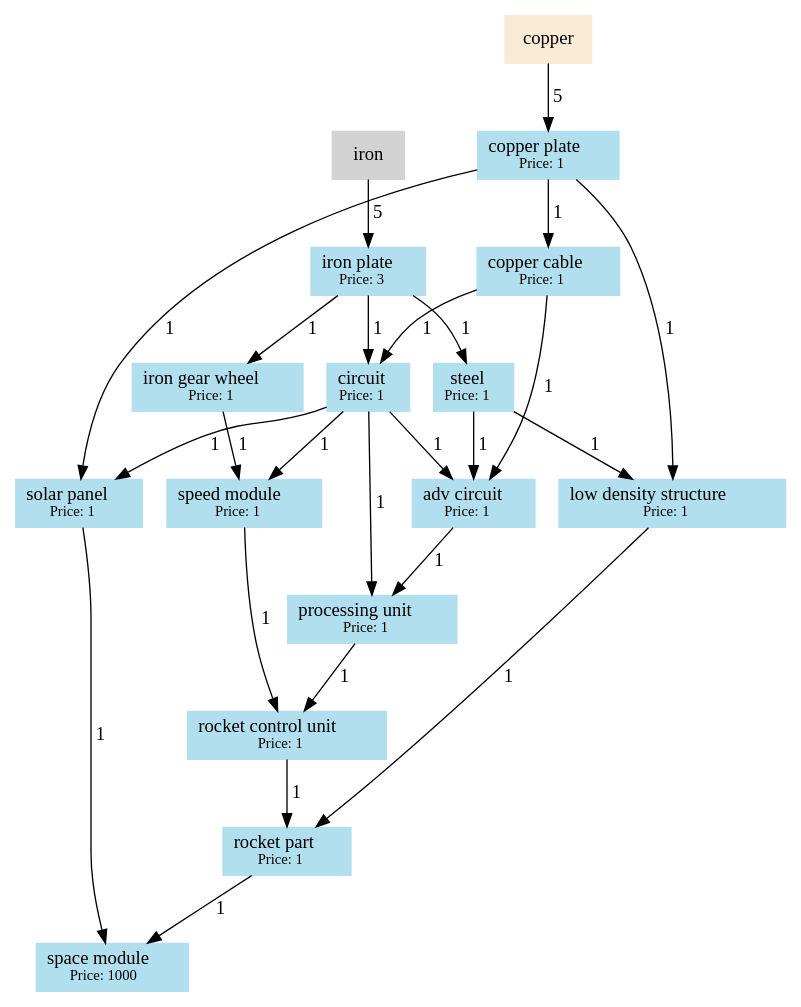
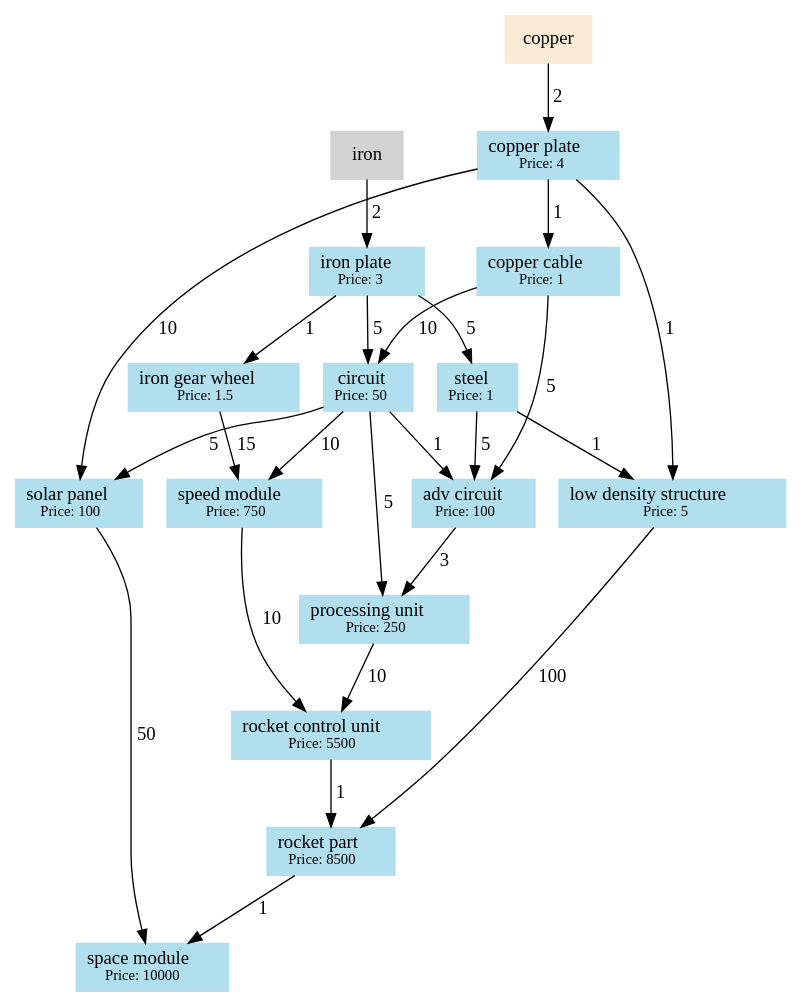
The diagram in link_graphviz/link_default.gv (Tylio5555/Factory), drawn with Graphviz before and after one commit. The commit also changed 4 other files, not shown here.

```diff
--- a/link_graphviz/link_default.gv
+++ b/link_graphviz/link_default.gv
@@ -1,49 +1,49 @@
 digraph default {
 	node [color=lightblue2 style=filled]
 	subgraph iron {
 		node [color=lightgrey style=filled]
 		iron [shape=box]
 	}
 	subgraph copper {
 		node [color=antiquewhite style=filled]
 		copper [shape=box]
 	}
-	copper_plate [label=<copper plate<BR /><FONT POINT-SIZE='11'>Price: 1</FONT>> shape=box]
-	copper -> copper_plate [label=" 5"]
+	copper_plate [label=<copper plate<BR /><FONT POINT-SIZE='11'>Price: 4</FONT>> shape=box]
+	copper -> copper_plate [label=" 2"]
 	copper_cable [label=<copper cable<BR /><FONT POINT-SIZE='11'>Price: 1</FONT>> shape=box]
 	copper_plate -> copper_cable [label=" 1"]
 	iron_plate [label=<iron plate<BR /><FONT POINT-SIZE='11'>Price: 3</FONT>> shape=box]
-	iron -> iron_plate [label=" 5"]
+	iron -> iron_plate [label=" 2"]
 	steel [label=<steel<BR /><FONT POINT-SIZE='11'>Price: 1</FONT>> shape=box]
-	iron_plate -> steel [label=" 1"]
-	iron_gear_wheel [label=<iron gear wheel<BR /><FONT POINT-SIZE='11'>Price: 1</FONT>> shape=box]
+	iron_plate -> steel [label=" 5"]
+	iron_gear_wheel [label=<iron gear wheel<BR /><FONT POINT-SIZE='11'>Price: 1.5</FONT>> shape=box]
 	iron_plate -> iron_gear_wheel [label=" 1"]
-	circuit [label=<circuit<BR /><FONT POINT-SIZE='11'>Price: 1</FONT>> shape=box]
-	iron_plate -> circuit [label=" 1"]
-	copper_cable -> circuit [label=" 1"]
-	adv_circuit [label=<adv circuit<BR /><FONT POINT-SIZE='11'>Price: 1</FONT>> shape=box]
+	circuit [label=<circuit<BR /><FONT POINT-SIZE='11'>Price: 50</FONT>> shape=box]
+	iron_plate -> circuit [label=" 5"]
+	copper_cable -> circuit [label=" 10"]
+	adv_circuit [label=<adv circuit<BR /><FONT POINT-SIZE='11'>Price: 100</FONT>> shape=box]
 	circuit -> adv_circuit [label=" 1"]
-	copper_cable -> adv_circuit [label=" 1"]
-	steel -> adv_circuit [label=" 1"]
-	solar_panel [label=<solar panel<BR /><FONT POINT-SIZE='11'>Price: 1</FONT>> shape=box]
-	copper_plate -> solar_panel [label=" 1"]
-	circuit -> solar_panel [label=" 1"]
-	low_density_structure [label=<low density structure<BR /><FONT POINT-SIZE='11'>Price: 1</FONT>> shape=box]
+	copper_cable -> adv_circuit [label=" 5"]
+	steel -> adv_circuit [label=" 5"]
+	solar_panel [label=<solar panel<BR /><FONT POINT-SIZE='11'>Price: 100</FONT>> shape=box]
+	copper_plate -> solar_panel [label=" 10"]
+	circuit -> solar_panel [label=" 5"]
+	low_density_structure [label=<low density structure<BR /><FONT POINT-SIZE='11'>Price: 5</FONT>> shape=box]
 	copper_plate -> low_density_structure [label=" 1"]
 	steel -> low_density_structure [label=" 1"]
-	processing_unit [label=<processing unit<BR /><FONT POINT-SIZE='11'>Price: 1</FONT>> shape=box]
-	circuit -> processing_unit [label=" 1"]
-	adv_circuit -> processing_unit [label=" 1"]
-	speed_module [label=<speed module<BR /><FONT POINT-SIZE='11'>Price: 1</FONT>> shape=box]
-	circuit -> speed_module [label=" 1"]
-	iron_gear_wheel -> speed_module [label=" 1"]
-	rocket_control_unit [label=<rocket control unit<BR /><FONT POINT-SIZE='11'>Price: 1</FONT>> shape=box]
-	processing_unit -> rocket_control_unit [label=" 1"]
-	speed_module -> rocket_control_unit [label=" 1"]
-	rocket_part [label=<rocket part<BR /><FONT POINT-SIZE='11'>Price: 1</FONT>> shape=box]
+	processing_unit [label=<processing unit<BR /><FONT POINT-SIZE='11'>Price: 250</FONT>> shape=box]
+	circuit -> processing_unit [label=" 5"]
+	adv_circuit -> processing_unit [label=" 3"]
+	speed_module [label=<speed module<BR /><FONT POINT-SIZE='11'>Price: 750</FONT>> shape=box]
+	circuit -> speed_module [label=" 10"]
+	iron_gear_wheel -> speed_module [label=" 15"]
+	rocket_control_unit [label=<rocket control unit<BR /><FONT POINT-SIZE='11'>Price: 5500</FONT>> shape=box]
+	processing_unit -> rocket_control_unit [label=" 10"]
+	speed_module -> rocket_control_unit [label=" 10"]
+	rocket_part [label=<rocket part<BR /><FONT POINT-SIZE='11'>Price: 8500</FONT>> shape=box]
 	rocket_control_unit -> rocket_part [label=" 1"]
-	low_density_structure -> rocket_part [label=" 1"]
-	space_module [label=<space module<BR /><FONT POINT-SIZE='11'>Price: 1000</FONT>> shape=box]
+	low_density_structure -> rocket_part [label=" 100"]
+	space_module [label=<space module<BR /><FONT POINT-SIZE='11'>Price: 10000</FONT>> shape=box]
 	rocket_part -> space_module [label=" 1"]
-	solar_panel -> space_module [label=" 1"]
+	solar_panel -> space_module [label=" 50"]
 }
```
